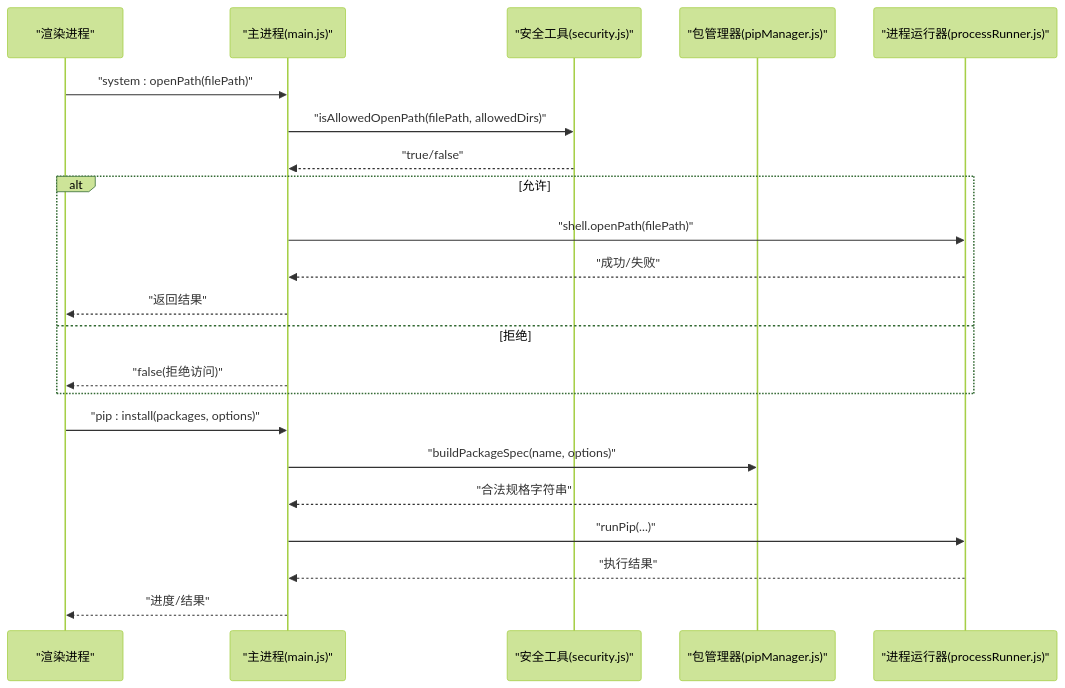
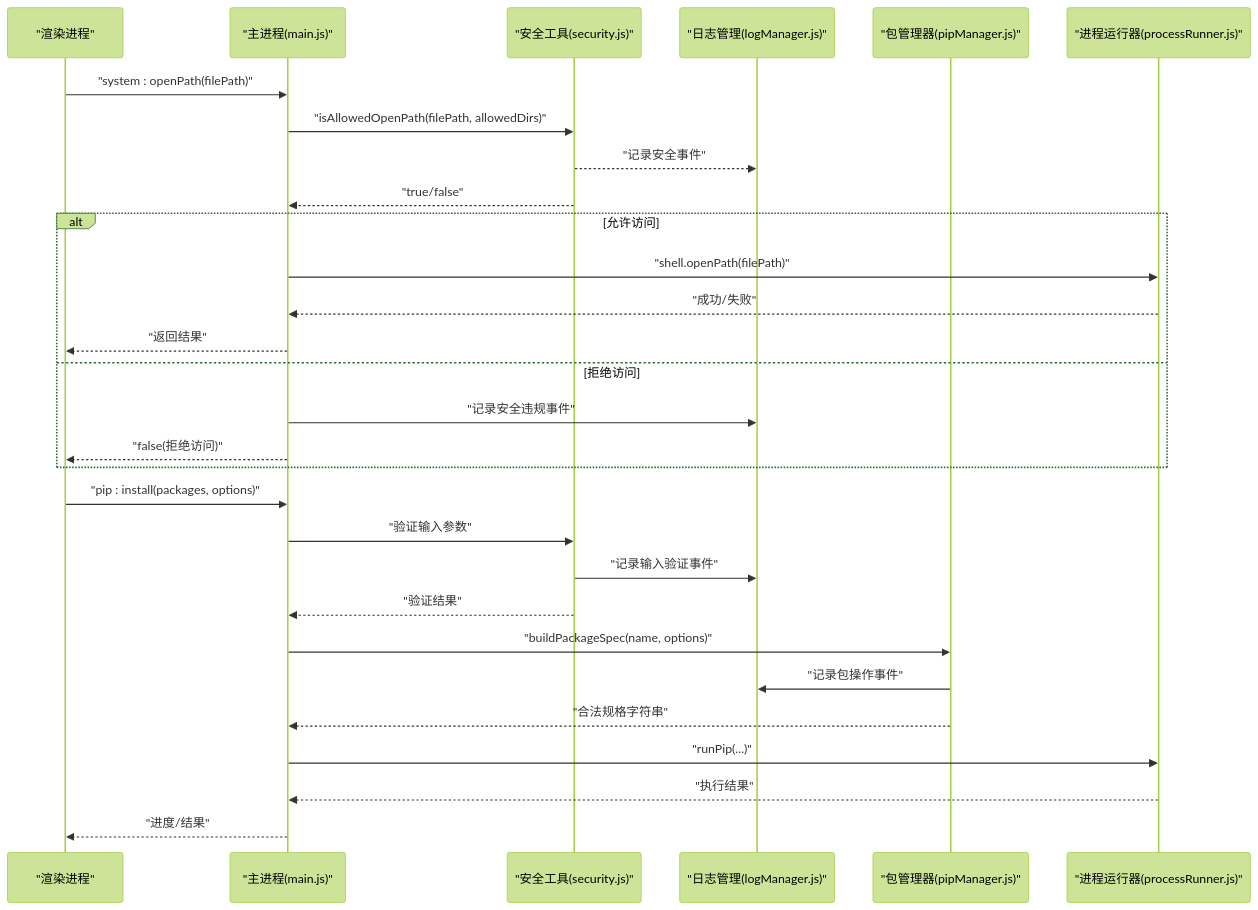
One commit to SoftheartedYYC/PyLibMaster changed the second of 5 diagrams in docs/zh/content/架构设计/模块化架构设计/工具模块设计/安全工具 (security.js).md. Above: the diagram before and after it, drawn with Mermaid (forest theme). The commit also changed other lines of this file and 72 other files, not shown here.

````diff
--- a/docs/zh/content/架构设计/模块化架构设计/工具模块设计/安全工具 (security.js).md
+++ b/docs/zh/content/架构设计/模块化架构设计/工具模块设计/安全工具 (security.js).md
@@ -85,24 +102,31 @@
 ```mermaid
 sequenceDiagram
 participant UI as "渲染进程"
 participant Main as "主进程(main.js)"
 participant Sec as "安全工具(security.js)"
+participant Log as "日志管理(logManager.js)"
 participant Pip as "包管理器(pipManager.js)"
 participant Proc as "进程运行器(processRunner.js)"
 UI->>Main : "system : openPath(filePath)"
 Main->>Sec : "isAllowedOpenPath(filePath, allowedDirs)"
+Sec-->>Log : "记录安全事件"
 Sec-->>Main : "true/false"
-alt 允许
+alt 允许访问
 Main->>Proc : "shell.openPath(filePath)"
 Proc-->>Main : "成功/失败"
 Main-->>UI : "返回结果"
-else 拒绝
+else 拒绝访问
+Main->>Log : "记录安全违规事件"
 Main-->>UI : "false(拒绝访问)"
 end
 UI->>Main : "pip : install(packages, options)"
+Main->>Sec : "验证输入参数"
+Sec->>Log : "记录输入验证事件"
+Sec-->>Main : "验证结果"
 Main->>Pip : "buildPackageSpec(name, options)"
+Pip->>Log : "记录包操作事件"
 Pip-->>Main : "合法规格字符串"
 Main->>Proc : "runPip(...)"
 Proc-->>Main : "执行结果"
 Main-->>UI : "进度/结果"
 ```
````
